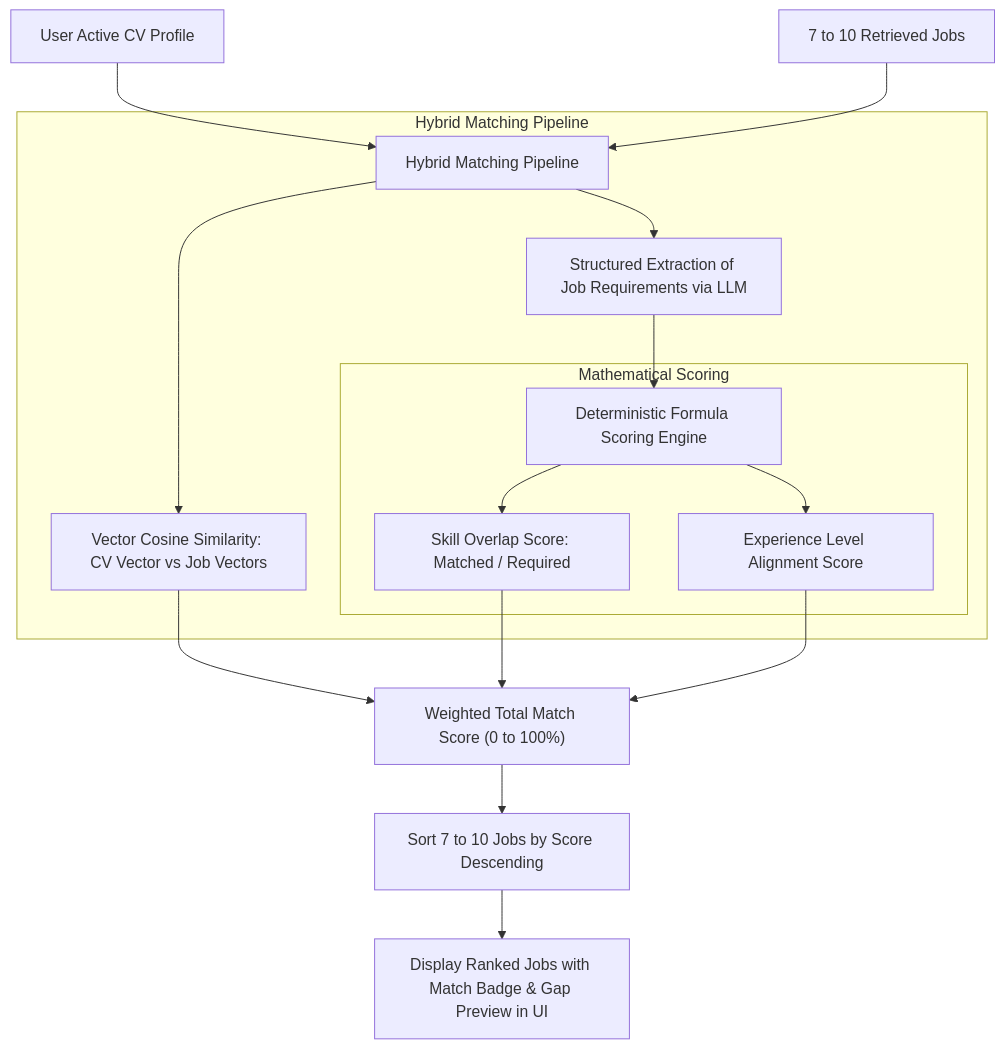
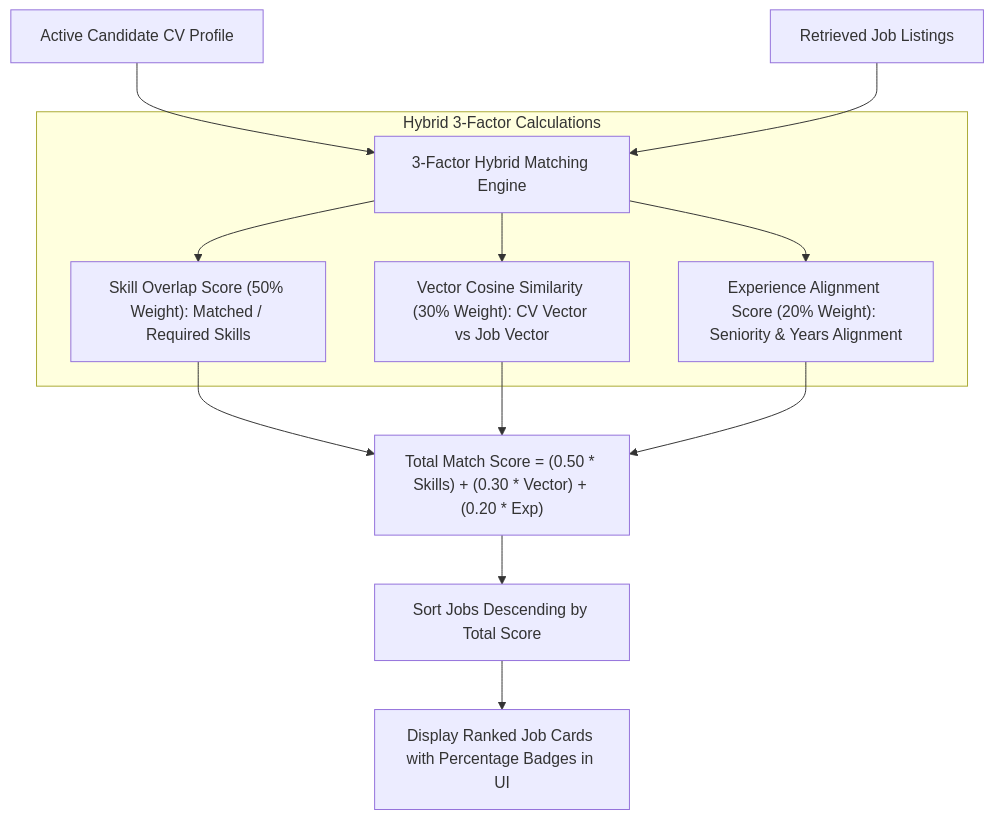
Before and after one commit to Mostafa710/career-copilot: the fifth of 9 diagrams in docs/architecture_flowcharts.md, drawn with Mermaid. The commit also changed other lines of this file and 2 other files, not shown here.

Commit message:
docs: synchronize README, implementation plan, and architecture flowcharts with exact multi-agent implementations

````diff
--- a/docs/architecture_flowcharts.md
+++ b/docs/architecture_flowcharts.md
@@ -201,20 +128,14 @@
 ```mermaid
 flowchart TD
-    ActiveCV["User Active CV Profile"] & JobBatch["7 to 10 Retrieved Jobs"] --> MatchPipeline["Hybrid Matching Pipeline"]
+    ActiveCV["Active Candidate CV Profile"] & JobBatch["Retrieved Job Listings"] --> MatchPipeline["3-Factor Hybrid Matching Engine"]
     
-    subgraph HybridPipeline ["Hybrid Matching Pipeline"]
-        MatchPipeline --> VectorSim["Vector Cosine Similarity: CV Vector vs Job Vectors"]
-        MatchPipeline --> StructLLM["Structured Extraction of Job Requirements via LLM"]
-        
-        StructLLM --> RuleScorer["Deterministic Formula Scoring Engine"]
-        
-        subgraph MathScore ["Mathematical Scoring"]
-            RuleScorer --> CalcOverlap["Skill Overlap Score: Matched / Required"]
-            RuleScorer --> CalcExp["Experience Level Alignment Score"]
-        end
+    subgraph HybridPipeline ["Hybrid 3-Factor Calculations"]
+        MatchPipeline --> F1["Skill Overlap Score (50% Weight): Matched / Required Skills"]
+        MatchPipeline --> F2["Vector Cosine Similarity (30% Weight): CV Vector vs Job Vector"]
+        MatchPipeline --> F3["Experience Alignment Score (20% Weight): Seniority & Years Alignment"]
     end
     
-    VectorSim & CalcOverlap & CalcExp --> WeightedRank["Weighted Total Match Score (0 to 100%)"]
-    WeightedRank --> SortDesc["Sort 7 to 10 Jobs by Score Descending"]
-    SortDesc --> ReturnRanked["Display Ranked Jobs with Match Badge & Gap Preview in UI"]
+    F1 & F2 & F3 --> WeightedRank["Total Match Score = (0.50 * Skills) + (0.30 * Vector) + (0.20 * Exp)"]
+    WeightedRank --> SortDesc["Sort Jobs Descending by Total Score"]
+    SortDesc --> ReturnRanked["Display Ranked Job Cards with Percentage Badges in UI"]
 ```
````
